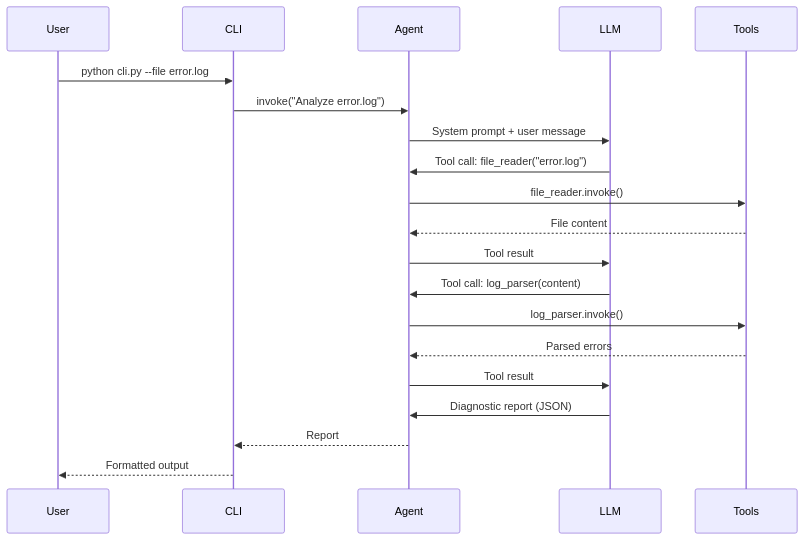
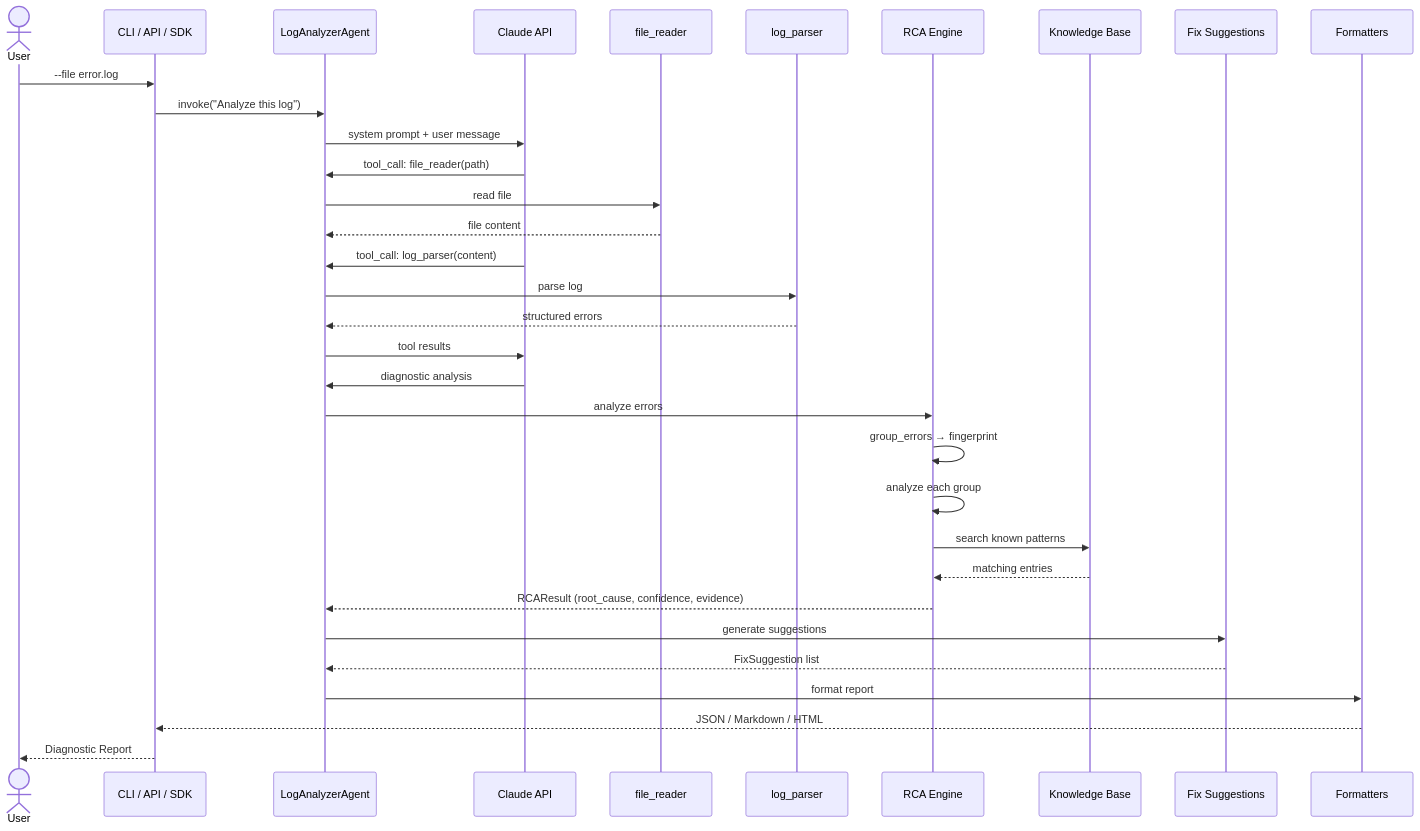
Before and after one commit to afine907/agent-bug-killer: the fourth of 10 diagrams in docs/architecture.md, drawn with Mermaid. The commit also changed other lines of this file and 22 other files, not shown here.

````diff
--- a/docs/architecture.md
+++ b/docs/architecture.md
@@ -66,23 +222,42 @@
 ```mermaid
 sequenceDiagram
-    participant User
-    participant CLI
-    participant Agent
-    participant LLM
-    participant Tools
+    actor User
+    participant CLI as CLI / API / SDK
+    participant Agent as LogAnalyzerAgent
+    participant LLM as Claude API
+    participant FR as file_reader
+    participant LP as log_parser
+    participant RCA as RCA Engine
+    participant KB as Knowledge Base
+    participant FS as Fix Suggestions
+    participant FM as Formatters
 
-    User->>CLI: python cli.py --file error.log
-    CLI->>Agent: invoke("Analyze error.log")
-    Agent->>LLM: System prompt + user message
-    LLM->>Agent: Tool call: file_reader("error.log")
-    Agent->>Tools: file_reader.invoke()
-    Tools-->>Agent: File content
-    Agent->>LLM: Tool result
-    LLM->>Agent: Tool call: log_parser(content)
-    Agent->>Tools: log_parser.invoke()
-    Tools-->>Agent: Parsed errors
-    Agent->>LLM: Tool result
-    LLM->>Agent: Diagnostic report (JSON)
-    Agent-->>CLI: Report
-    CLI-->>User: Formatted output
+    User->>CLI: --file error.log
+    CLI->>Agent: invoke("Analyze this log")
+    Agent->>LLM: system prompt + user message
+
+    LLM->>Agent: tool_call: file_reader(path)
+    Agent->>FR: read file
+    FR-->>Agent: file content
+
+    LLM->>Agent: tool_call: log_parser(content)
+    Agent->>LP: parse log
+    LP-->>Agent: structured errors
+
+    Agent->>LLM: tool results
+    LLM->>Agent: diagnostic analysis
+
+    Agent->>RCA: analyze errors
+    RCA->>RCA: group_errors → fingerprint
+    RCA->>RCA: analyze each group
+    RCA->>KB: search known patterns
+    KB-->>RCA: matching entries
+    RCA-->>Agent: RCAResult (root_cause, confidence, evidence)
+
+    Agent->>FS: generate suggestions
+    FS-->>Agent: FixSuggestion list
+
+    Agent->>FM: format report
+    FM-->>CLI: JSON / Markdown / HTML
+    CLI-->>User: Diagnostic Report
 ```
````
